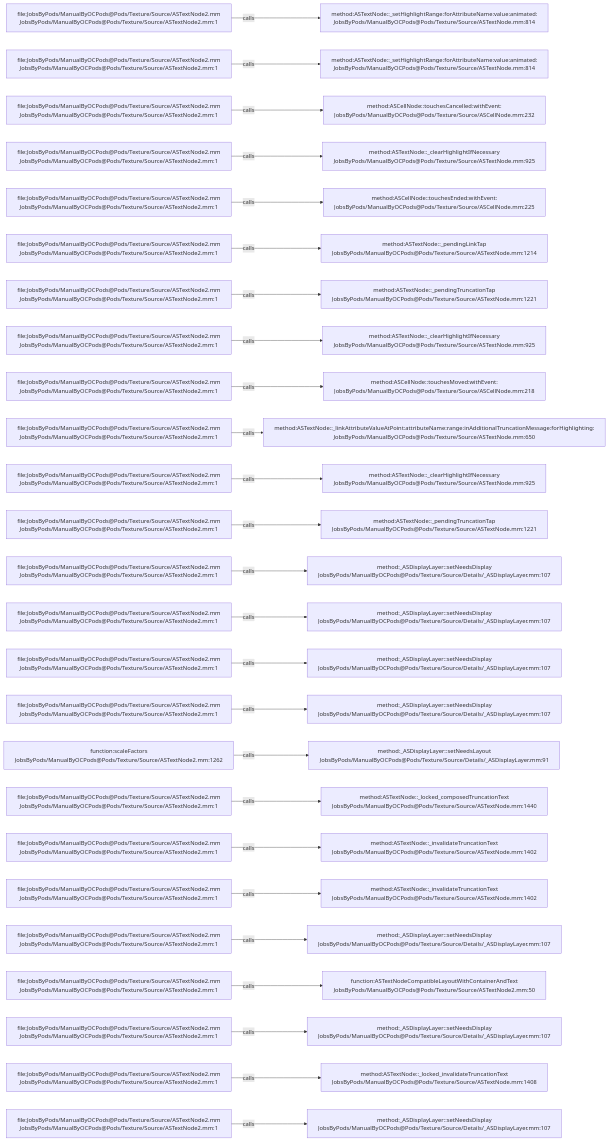
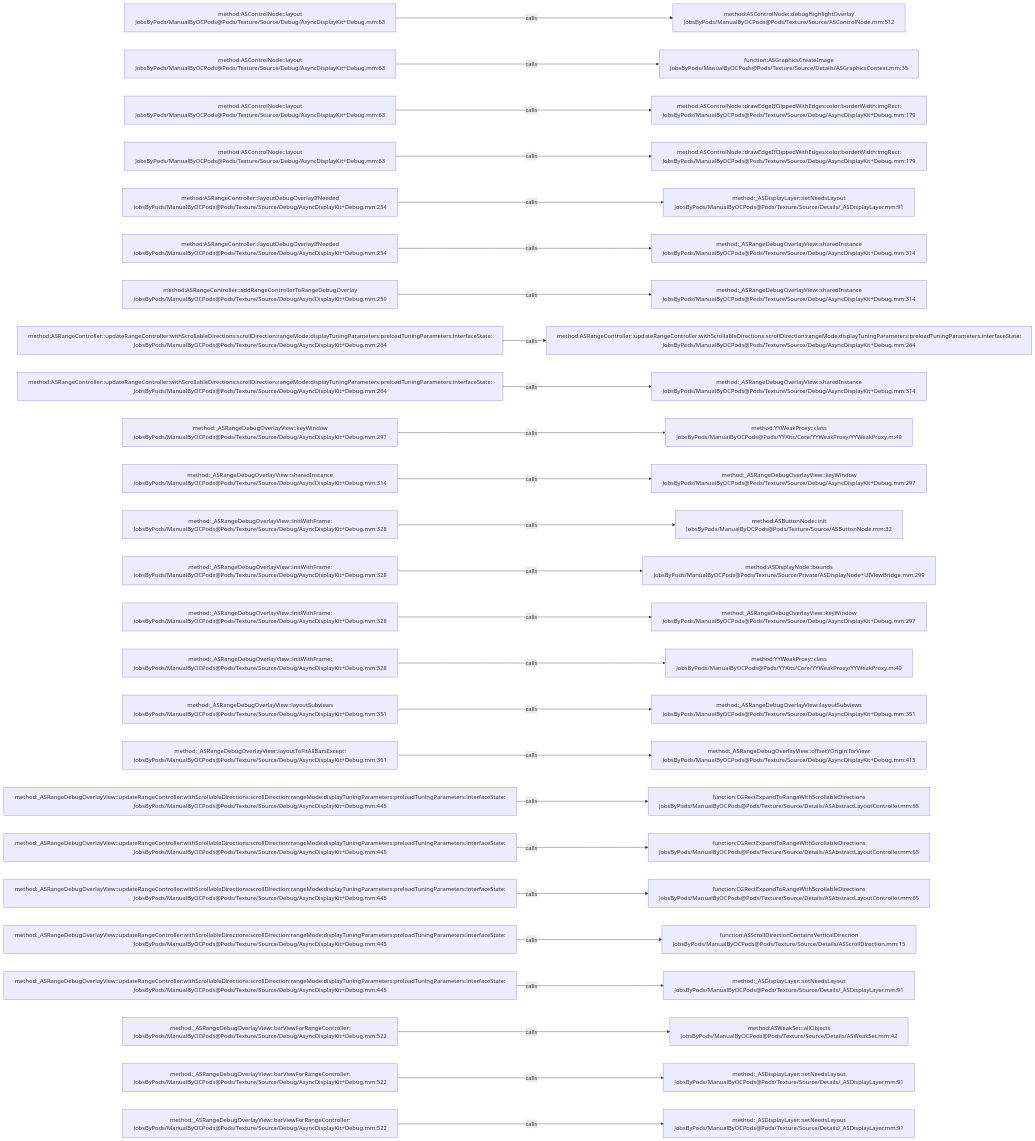
One commit to JobsKits/JobsOCBaseConfigDemo changed the diagram in .codegraph/codegraph.md/graphs/calls-133.md. Above: the diagram before and after it, drawn with Mermaid. The commit also changed 2723 other files, not shown here.

````diff
--- a/.codegraph/codegraph.md/graphs/calls-133.md
+++ b/.codegraph/codegraph.md/graphs/calls-133.md
@@ -13,78 +13,78 @@
 ```mermaid
 flowchart LR
-  S1["file:JobsByPods/ManualByOCPods@Pods/Texture/Source/ASTextNode2.mm<br/>JobsByPods/ManualByOCPods@Pods/Texture/Source/ASTextNode2.mm:1"]
-  T1["method:ASTextNode::_setHighlightRange:forAttributeName:value:animated:<br/>JobsByPods/ManualByOCPods@Pods/Texture/Source/ASTextNode.mm:814"]
+  S1["method:ASControlNode::layout<br/>JobsByPods/ManualByOCPods@Pods/Texture/Source/Debug/AsyncDisplayKit+Debug.mm:63"]
+  T1["method:ASControlNode::debugHighlightOverlay<br/>JobsByPods/ManualByOCPods@Pods/Texture/Source/ASControlNode.mm:512"]
   S1 -->|calls| T1
-  S2["file:JobsByPods/ManualByOCPods@Pods/Texture/Source/ASTextNode2.mm<br/>JobsByPods/ManualByOCPods@Pods/Texture/Source/ASTextNode2.mm:1"]
-  T2["method:ASTextNode::_setHighlightRange:forAttributeName:value:animated:<br/>JobsByPods/ManualByOCPods@Pods/Texture/Source/ASTextNode.mm:814"]
+  S2["method:ASControlNode::layout<br/>JobsByPods/ManualByOCPods@Pods/Texture/Source/Debug/AsyncDisplayKit+Debug.mm:63"]
+  T2["function:ASGraphicsCreateImage<br/>JobsByPods/ManualByOCPods@Pods/Texture/Source/Details/ASGraphicsContext.mm:35"]
   S2 -->|calls| T2
-  S3["file:JobsByPods/ManualByOCPods@Pods/Texture/Source/ASTextNode2.mm<br/>JobsByPods/ManualByOCPods@Pods/Texture/Source/ASTextNode2.mm:1"]
-  T3["method:ASCellNode::touchesCancelled:withEvent:<br/>JobsByPods/ManualByOCPods@Pods/Texture/Source/ASCellNode.mm:232"]
+  S3["method:ASControlNode::layout<br/>JobsByPods/ManualByOCPods@Pods/Texture/Source/Debug/AsyncDisplayKit+Debug.mm:63"]
+  T3["method:ASControlNode::drawEdgeIfClippedWithEdges:color:borderWidth:imgRect:<br/>JobsByPods/ManualByOCPods@Pods/Texture/Source/Debug/AsyncDisplayKit+Debug.mm:179"]
   S3 -->|calls| T3
-  S4["file:JobsByPods/ManualByOCPods@Pods/Texture/Source/ASTextNode2.mm<br/>JobsByPods/ManualByOCPods@Pods/Texture/Source/ASTextNode2.mm:1"]
-  T4["method:ASTextNode::_clearHighlightIfNecessary<br/>JobsByPods/ManualByOCPods@Pods/Texture/Source/ASTextNode.mm:925"]
+  S4["method:ASControlNode::layout<br/>JobsByPods/ManualByOCPods@Pods/Texture/Source/Debug/AsyncDisplayKit+Debug.mm:63"]
+  T4["method:ASControlNode::drawEdgeIfClippedWithEdges:color:borderWidth:imgRect:<br/>JobsByPods/ManualByOCPods@Pods/Texture/Source/Debug/AsyncDisplayKit+Debug.mm:179"]
   S4 -->|calls| T4
-  S5["file:JobsByPods/ManualByOCPods@Pods/Texture/Source/ASTextNode2.mm<br/>JobsByPods/ManualByOCPods@Pods/Texture/Source/ASTextNode2.mm:1"]
-  T5["method:ASCellNode::touchesEnded:withEvent:<br/>JobsByPods/ManualByOCPods@Pods/Texture/Source/ASCellNode.mm:225"]
+  S5["method:ASRangeController::layoutDebugOverlayIfNeeded<br/>JobsByPods/ManualByOCPods@Pods/Texture/Source/Debug/AsyncDisplayKit+Debug.mm:254"]
+  T5["method:_ASDisplayLayer::setNeedsLayout<br/>JobsByPods/ManualByOCPods@Pods/Texture/Source/Details/_ASDisplayLayer.mm:91"]
   S5 -->|calls| T5
-  S6["file:JobsByPods/ManualByOCPods@Pods/Texture/Source/ASTextNode2.mm<br/>JobsByPods/ManualByOCPods@Pods/Texture/Source/ASTextNode2.mm:1"]
-  T6["method:ASTextNode::_pendingLinkTap<br/>JobsByPods/ManualByOCPods@Pods/Texture/Source/ASTextNode.mm:1214"]
+  S6["method:ASRangeController::layoutDebugOverlayIfNeeded<br/>JobsByPods/ManualByOCPods@Pods/Texture/Source/Debug/AsyncDisplayKit+Debug.mm:254"]
+  T6["method:_ASRangeDebugOverlayView::sharedInstance<br/>JobsByPods/ManualByOCPods@Pods/Texture/Source/Debug/AsyncDisplayKit+Debug.mm:314"]
   S6 -->|calls| T6
-  S7["file:JobsByPods/ManualByOCPods@Pods/Texture/Source/ASTextNode2.mm<br/>JobsByPods/ManualByOCPods@Pods/Texture/Source/ASTextNode2.mm:1"]
-  T7["method:ASTextNode::_pendingTruncationTap<br/>JobsByPods/ManualByOCPods@Pods/Texture/Source/ASTextNode.mm:1221"]
+  S7["method:ASRangeController::addRangeControllerToRangeDebugOverlay<br/>JobsByPods/ManualByOCPods@Pods/Texture/Source/Debug/AsyncDisplayKit+Debug.mm:259"]
+  T7["method:_ASRangeDebugOverlayView::sharedInstance<br/>JobsByPods/ManualByOCPods@Pods/Texture/Source/Debug/AsyncDisplayKit+Debug.mm:314"]
   S7 -->|calls| T7
-  S8["file:JobsByPods/ManualByOCPods@Pods/Texture/Source/ASTextNode2.mm<br/>JobsByPods/ManualByOCPods@Pods/Texture/Source/ASTextNode2.mm:1"]
-  T8["method:ASTextNode::_clearHighlightIfNecessary<br/>JobsByPods/ManualByOCPods@Pods/Texture/Source/ASTextNode.mm:925"]
+  S8["method:ASRangeController::updateRangeController:withScrollableDirections:scrollDirection:rangeMode:displayTuningParameters:preloadTuningParameters:interfaceState:<br/>JobsByPods/ManualByOCPods@Pods/Texture/Source/Debug/AsyncDisplayKit+Debug.mm:264"]
+  T8["method:ASRangeController::updateRangeController:withScrollableDirections:scrollDirection:rangeMode:displayTuningParameters:preloadTuningParameters:interfaceState:<br/>JobsByPods/ManualByOCPods@Pods/Texture/Source/Debug/AsyncDisplayKit+Debug.mm:264"]
   S8 -->|calls| T8
-  S9["file:JobsByPods/ManualByOCPods@Pods/Texture/Source/ASTextNode2.mm<br/>JobsByPods/ManualByOCPods@Pods/Texture/Source/ASTextNode2.mm:1"]
-  T9["method:ASCellNode::touchesMoved:withEvent:<br/>JobsByPods/ManualByOCPods@Pods/Texture/Source/ASCellNode.mm:218"]
+  S9["method:ASRangeController::updateRangeController:withScrollableDirections:scrollDirection:rangeMode:displayTuningParameters:preloadTuningParameters:interfaceState:<br/>JobsByPods/ManualByOCPods@Pods/Texture/Source/Debug/AsyncDisplayKit+Debug.mm:264"]
+  T9["method:_ASRangeDebugOverlayView::sharedInstance<br/>JobsByPods/ManualByOCPods@Pods/Texture/Source/Debug/AsyncDisplayKit+Debug.mm:314"]
   S9 -->|calls| T9
-  S10["file:JobsByPods/ManualByOCPods@Pods/Texture/Source/ASTextNode2.mm<br/>JobsByPods/ManualByOCPods@Pods/Texture/Source/ASTextNode2.mm:1"]
-  T10["method:ASTextNode::_linkAttributeValueAtPoint:attributeName:range:inAdditionalTruncationMessage:forHighlighting:<br/>JobsByPods/ManualByOCPods@Pods/Texture/Source/ASTextNode.mm:650"]
+  S10["method:_ASRangeDebugOverlayView::keyWindow<br/>JobsByPods/ManualByOCPods@Pods/Texture/Source/Debug/AsyncDisplayKit+Debug.mm:297"]
+  T10["method:YYWeakProxy::class<br/>JobsByPods/ManualByOCPods@Pods/YYKits/Core/YYWeakProxy/YYWeakProxy.m:49"]
   S10 -->|calls| T10
-  S11["file:JobsByPods/ManualByOCPods@Pods/Texture/Source/ASTextNode2.mm<br/>JobsByPods/ManualByOCPods@Pods/Texture/Source/ASTextNode2.mm:1"]
-  T11["method:ASTextNode::_clearHighlightIfNecessary<br/>JobsByPods/ManualByOCPods@Pods/Texture/Source/ASTextNode.mm:925"]
+  S11["method:_ASRangeDebugOverlayView::sharedInstance<br/>JobsByPods/ManualByOCPods@Pods/Texture/Source/Debug/AsyncDisplayKit+Debug.mm:314"]
+  T11["method:_ASRangeDebugOverlayView::keyWindow<br/>JobsByPods/ManualByOCPods@Pods/Texture/Source/Debug/AsyncDisplayKit+Debug.mm:297"]
   S11 -->|calls| T11
-  S12["file:JobsByPods/ManualByOCPods@Pods/Texture/Source/ASTextNode2.mm<br/>JobsByPods/ManualByOCPods@Pods/Texture/Source/ASTextNode2.mm:1"]
-  T12["method:ASTextNode::_pendingTruncationTap<br/>JobsByPods/ManualByOCPods@Pods/Texture/Source/ASTextNode.mm:1221"]
+  S12["method:_ASRangeDebugOverlayView::initWithFrame:<br/>JobsByPods/ManualByOCPods@Pods/Texture/Source/Debug/AsyncDisplayKit+Debug.mm:328"]
+  T12["method:ASButtonNode::init<br/>JobsByPods/ManualByOCPods@Pods/Texture/Source/ASButtonNode.mm:32"]
   S12 -->|calls| T12
-  S13["file:JobsByPods/ManualByOCPods@Pods/Texture/Source/ASTextNode2.mm<br/>JobsByPods/ManualByOCPods@Pods/Texture/Source/ASTextNode2.mm:1"]
-  T13["method:_ASDisplayLayer::setNeedsDisplay<br/>JobsByPods/ManualByOCPods@Pods/Texture/Source/Details/_ASDisplayLayer.mm:107"]
+  S13["method:_ASRangeDebugOverlayView::initWithFrame:<br/>JobsByPods/ManualByOCPods@Pods/Texture/Source/Debug/AsyncDisplayKit+Debug.mm:328"]
+  T13["method:ASDisplayNode::bounds<br/>JobsByPods/ManualByOCPods@Pods/Texture/Source/Private/ASDisplayNode+UIViewBridge.mm:299"]
   S13 -->|calls| T13
-  S14["file:JobsByPods/ManualByOCPods@Pods/Texture/Source/ASTextNode2.mm<br/>JobsByPods/ManualByOCPods@Pods/Texture/Source/ASTextNode2.mm:1"]
-  T14["method:_ASDisplayLayer::setNeedsDisplay<br/>JobsByPods/ManualByOCPods@Pods/Texture/Source/Details/_ASDisplayLayer.mm:107"]
+  S14["method:_ASRangeDebugOverlayView::initWithFrame:<br/>JobsByPods/ManualByOCPods@Pods/Texture/Source/Debug/AsyncDisplayKit+Debug.mm:328"]
+  T14["method:_ASRangeDebugOverlayView::keyWindow<br/>JobsByPods/ManualByOCPods@Pods/Texture/Source/Debug/AsyncDisplayKit+Debug.mm:297"]
   S14 -->|calls| T14
-  S15["file:JobsByPods/ManualByOCPods@Pods/Texture/Source/ASTextNode2.mm<br/>JobsByPods/ManualByOCPods@Pods/Texture/Source/ASTextNode2.mm:1"]
-  T15["method:_ASDisplayLayer::setNeedsDisplay<br/>JobsByPods/ManualByOCPods@Pods/Texture/Source/Details/_ASDisplayLayer.mm:107"]
+  S15["method:_ASRangeDebugOverlayView::initWithFrame:<br/>JobsByPods/ManualByOCPods@Pods/Texture/Source/Debug/AsyncDisplayKit+Debug.mm:328"]
+  T15["method:YYWeakProxy::class<br/>JobsByPods/ManualByOCPods@Pods/YYKits/Core/YYWeakProxy/YYWeakProxy.m:49"]
   S15 -->|calls| T15
-  S16["file:JobsByPods/ManualByOCPods@Pods/Texture/Source/ASTextNode2.mm<br/>JobsByPods/ManualByOCPods@Pods/Texture/Source/ASTextNode2.mm:1"]
-  T16["method:_ASDisplayLayer::setNeedsDisplay<br/>JobsByPods/ManualByOCPods@Pods/Texture/Source/Details/_ASDisplayLayer.mm:107"]
+  S16["method:_ASRangeDebugOverlayView::layoutSubviews<br/>JobsByPods/ManualByOCPods@Pods/Texture/Source/Debug/AsyncDisplayKit+Debug.mm:351"]
+  T16["method:_ASRangeDebugOverlayView::layoutSubviews<br/>JobsByPods/ManualByOCPods@Pods/Texture/Source/Debug/AsyncDisplayKit+Debug.mm:351"]
   S16 -->|calls| T16
-  S17["function:scaleFactors<br/>JobsByPods/ManualByOCPods@Pods/Texture/Source/ASTextNode2.mm:1262"]
-  T17["method:_ASDisplayLayer::setNeedsLayout<br/>JobsByPods/ManualByOCPods@Pods/Texture/Source/Details/_ASDisplayLayer.mm:91"]
+  S17["method:_ASRangeDebugOverlayView::layoutToFitAllBarsExcept:<br/>JobsByPods/ManualByOCPods@Pods/Texture/Source/Debug/AsyncDisplayKit+Debug.mm:361"]
+  T17["method:_ASRangeDebugOverlayView::offsetYOrigin:forView:<br/>JobsByPods/ManualByOCPods@Pods/Texture/Source/Debug/AsyncDisplayKit+Debug.mm:415"]
   S17 -->|calls| T17
-  S18["file:JobsByPods/ManualByOCPods@Pods/Texture/Source/ASTextNode2.mm<br/>JobsByPods/ManualByOCPods@Pods/Texture/Source/ASTextNode2.mm:1"]
-  T18["method:ASTextNode::_locked_composedTruncationText<br/>JobsByPods/ManualByOCPods@Pods/Texture/Source/ASTextNode.mm:1440"]
+  S18["method:_ASRangeDebugOverlayView::updateRangeController:withScrollableDirections:scrollDirection:rangeMode:displayTuningParameters:preloadTuningParameters:interfaceState:<br/>JobsByPods/ManualByOCPods@Pods/Texture/Source/Debug/AsyncDisplayKit+Debug.mm:445"]
+  T18["function:CGRectExpandToRangeWithScrollableDirections<br/>JobsByPods/ManualByOCPods@Pods/Texture/Source/Details/ASAbstractLayoutController.mm:65"]
   S18 -->|calls| T18
-  S19["file:JobsByPods/ManualByOCPods@Pods/Texture/Source/ASTextNode2.mm<br/>JobsByPods/ManualByOCPods@Pods/Texture/Source/ASTextNode2.mm:1"]
-  T19["method:ASTextNode::_invalidateTruncationText<br/>JobsByPods/ManualByOCPods@Pods/Texture/Source/ASTextNode.mm:1402"]
+  S19["method:_ASRangeDebugOverlayView::updateRangeController:withScrollableDirections:scrollDirection:rangeMode:displayTuningParameters:preloadTuningParameters:interfaceState:<br/>JobsByPods/ManualByOCPods@Pods/Texture/Source/Debug/AsyncDisplayKit+Debug.mm:445"]
+  T19["function:CGRectExpandToRangeWithScrollableDirections<br/>JobsByPods/ManualByOCPods@Pods/Texture/Source/Details/ASAbstractLayoutController.mm:65"]
   S19 -->|calls| T19
-  S20["file:JobsByPods/ManualByOCPods@Pods/Texture/Source/ASTextNode2.mm<br/>JobsByPods/ManualByOCPods@Pods/Texture/Source/ASTextNode2.mm:1"]
-  T20["method:ASTextNode::_invalidateTruncationText<br/>JobsByPods/ManualByOCPods@Pods/Texture/Source/ASTextNode.mm:1402"]
+  S20["method:_ASRangeDebugOverlayView::updateRangeController:withScrollableDirections:scrollDirection:rangeMode:displayTuningParameters:preloadTuningParameters:interfaceState:<br/>JobsByPods/ManualByOCPods@Pods/Texture/Source/Debug/AsyncDisplayKit+Debug.mm:445"]
+  T20["function:CGRectExpandToRangeWithScrollableDirections<br/>JobsByPods/ManualByOCPods@Pods/Texture/Source/Details/ASAbstractLayoutController.mm:65"]
   S20 -->|calls| T20
-  S21["file:JobsByPods/ManualByOCPods@Pods/Texture/Source/ASTextNode2.mm<br/>JobsByPods/ManualByOCPods@Pods/Texture/Source/ASTextNode2.mm:1"]
-  T21["method:_ASDisplayLayer::setNeedsDisplay<br/>JobsByPods/ManualByOCPods@Pods/Texture/Source/Details/_ASDisplayLayer.mm:107"]
+  S21["method:_ASRangeDebugOverlayView::updateRangeController:withScrollableDirections:scrollDirection:rangeMode:displayTuningParameters:preloadTuningParameters:interfaceState:<br/>JobsByPods/ManualByOCPods@Pods/Texture/Source/Debug/AsyncDisplayKit+Debug.mm:445"]
+  T21["function:ASScrollDirectionContainsVerticalDirection<br/>JobsByPods/ManualByOCPods@Pods/Texture/Source/Details/ASScrollDirection.mm:15"]
   S21 -->|calls| T21
-  S22["file:JobsByPods/ManualByOCPods@Pods/Texture/Source/ASTextNode2.mm<br/>JobsByPods/ManualByOCPods@Pods/Texture/Source/ASTextNode2.mm:1"]
-  T22["function:ASTextNodeCompatibleLayoutWithContainerAndText<br/>JobsByPods/ManualByOCPods@Pods/Texture/Source/ASTextNode2.mm:50"]
+  S22["method:_ASRangeDebugOverlayView::updateRangeController:withScrollableDirections:scrollDirection:rangeMode:displayTuningParameters:preloadTuningParameters:interfaceState:<br/>JobsByPods/ManualByOCPods@Pods/Texture/Source/Debug/AsyncDisplayKit+Debug.mm:445"]
+  T22["method:_ASDisplayLayer::setNeedsLayout<br/>JobsByPods/ManualByOCPods@Pods/Texture/Source/Details/_ASDisplayLayer.mm:91"]
   S22 -->|calls| T22
-  S23["file:JobsByPods/ManualByOCPods@Pods/Texture/Source/ASTextNode2.mm<br/>JobsByPods/ManualByOCPods@Pods/Texture/Source/ASTextNode2.mm:1"]
-  T23["method:_ASDisplayLayer::setNeedsDisplay<br/>JobsByPods/ManualByOCPods@Pods/Texture/Source/Details/_ASDisplayLayer.mm:107"]
+  S23["method:_ASRangeDebugOverlayView::barViewForRangeController:<br/>JobsByPods/ManualByOCPods@Pods/Texture/Source/Debug/AsyncDisplayKit+Debug.mm:522"]
+  T23["method:ASWeakSet::allObjects<br/>JobsByPods/ManualByOCPods@Pods/Texture/Source/Details/ASWeakSet.mm:42"]
   S23 -->|calls| T23
-  S24["file:JobsByPods/ManualByOCPods@Pods/Texture/Source/ASTextNode2.mm<br/>JobsByPods/ManualByOCPods@Pods/Texture/Source/ASTextNode2.mm:1"]
-  T24["method:ASTextNode::_locked_invalidateTruncationText<br/>JobsByPods/ManualByOCPods@Pods/Texture/Source/ASTextNode.mm:1408"]
+  S24["method:_ASRangeDebugOverlayView::barViewForRangeController:<br/>JobsByPods/ManualByOCPods@Pods/Texture/Source/Debug/AsyncDisplayKit+Debug.mm:522"]
+  T24["method:_ASDisplayLayer::setNeedsLayout<br/>JobsByPods/ManualByOCPods@Pods/Texture/Source/Details/_ASDisplayLayer.mm:91"]
   S24 -->|calls| T24
-  S25["file:JobsByPods/ManualByOCPods@Pods/Texture/Source/ASTextNode2.mm<br/>JobsByPods/ManualByOCPods@Pods/Texture/Source/ASTextNode2.mm:1"]
-  T25["method:_ASDisplayLayer::setNeedsDisplay<br/>JobsByPods/ManualByOCPods@Pods/Texture/Source/Details/_ASDisplayLayer.mm:107"]
+  S25["method:_ASRangeDebugOverlayView::barViewForRangeController:<br/>JobsByPods/ManualByOCPods@Pods/Texture/Source/Debug/AsyncDisplayKit+Debug.mm:522"]
+  T25["method:_ASDisplayLayer::setNeedsLayout<br/>JobsByPods/ManualByOCPods@Pods/Texture/Source/Details/_ASDisplayLayer.mm:91"]
   S25 -->|calls| T25
 ```
````
